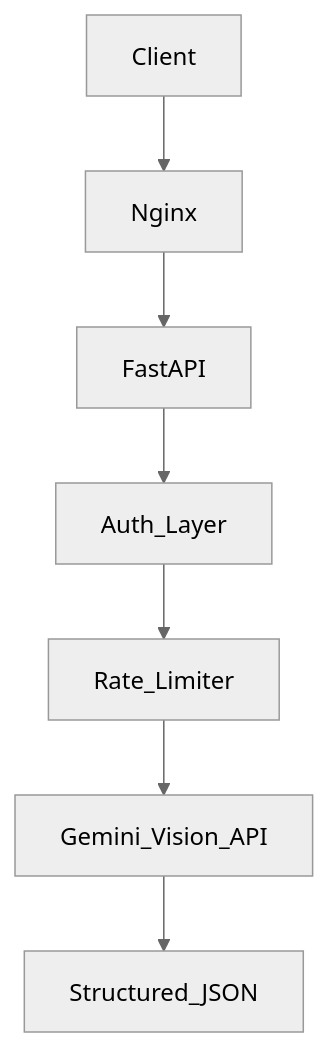
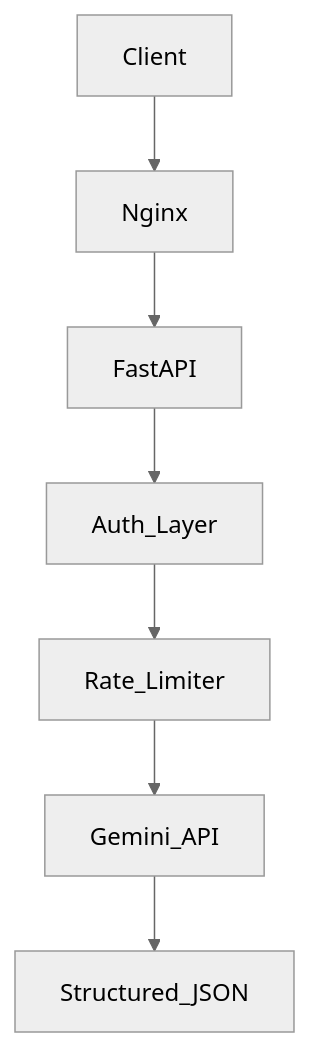
The diagram in README.md (Ganglet/OCR_Extraction), drawn with Mermaid (neutral theme) before and after one commit. The commit also changed other lines of this file, not shown here.

````diff
--- a/README.md
+++ b/README.md
@@ -44,9 +46,9 @@
 ```mermaid
 graph TD;
     Client-->Nginx;
     Nginx-->FastAPI;
     FastAPI-->Auth_Layer;
     Auth_Layer-->Rate_Limiter;
-    Rate_Limiter-->Gemini_Vision_API;
-    Gemini_Vision_API-->Structured_JSON;
+    Rate_Limiter-->Gemini_API;
+    Gemini_API-->Structured_JSON;
 ```
````
